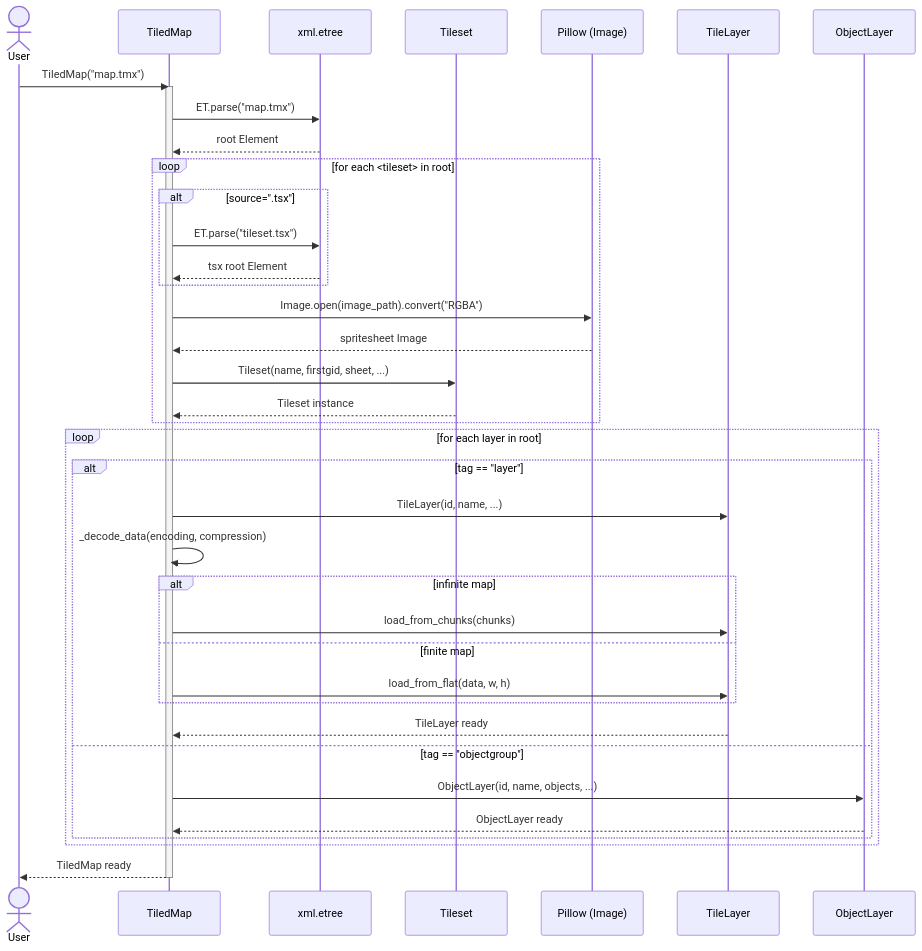
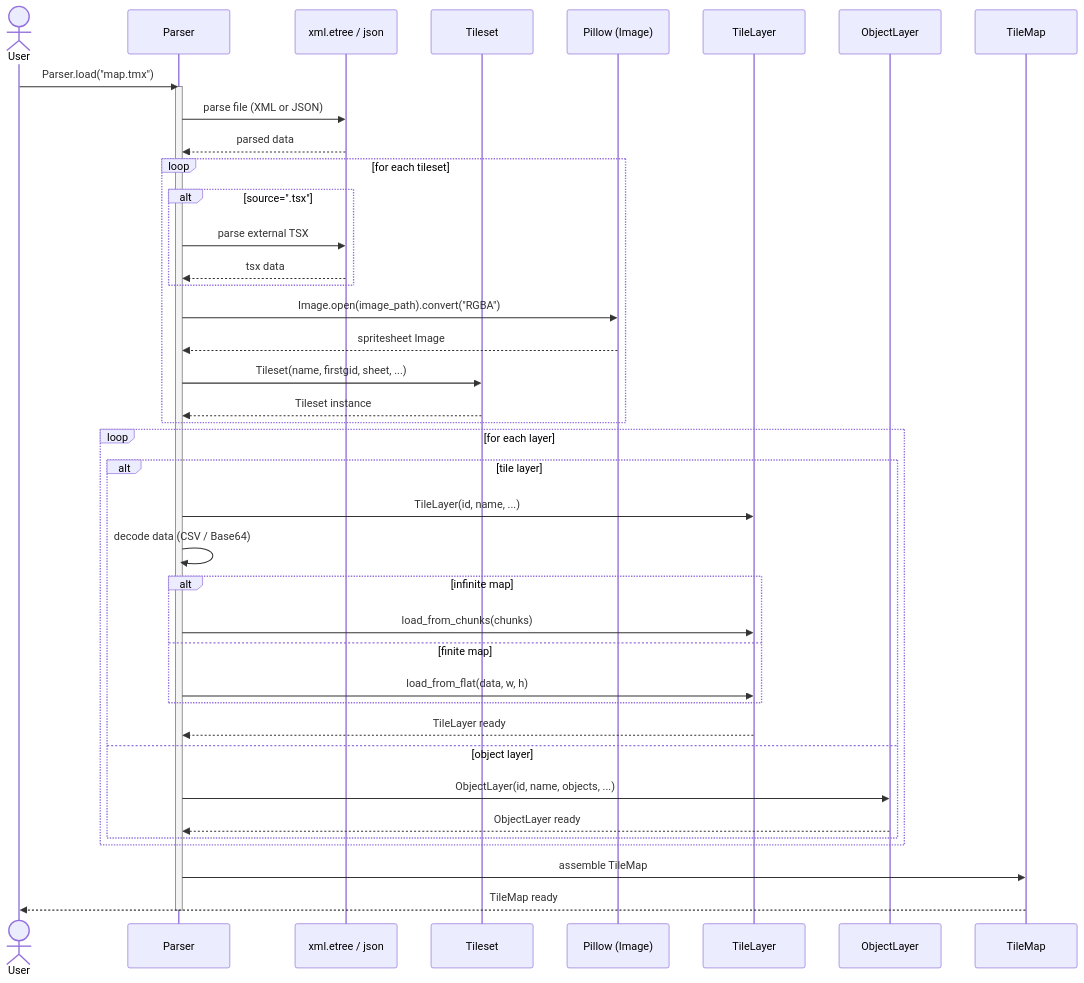
The first of 5 diagrams in docs/interaction.md (Aouei/tiledpy), drawn with Mermaid before and after one commit. The commit also changed other lines of this file and 9 other files, not shown here.

````diff
--- a/docs/interaction.md
+++ b/docs/interaction.md
@@ -7,45 +7,47 @@
 ```mermaid
 sequenceDiagram
     actor User
-    participant TM as TiledMap
-    participant ET as xml.etree
+    participant P  as Parser
+    participant ET as xml.etree / json
     participant TS as Tileset
     participant PIL as Pillow (Image)
     participant TL as TileLayer
     participant OL as ObjectLayer
+    participant TM as TileMap
 
-    User->>TM: TiledMap("map.tmx")
-    activate TM
-    TM->>ET: ET.parse("map.tmx")
-    ET-->>TM: root Element
+    User->>P: Parser.load("map.tmx")
+    activate P
+    P->>ET: parse file (XML or JSON)
+    ET-->>P: parsed data
 
-    loop for each <tileset> in root
+    loop for each tileset
         alt source=".tsx"
-            TM->>ET: ET.parse("tileset.tsx")
-            ET-->>TM: tsx root Element
+            P->>ET: parse external TSX
+            ET-->>P: tsx data
         end
-        TM->>PIL: Image.open(image_path).convert("RGBA")
-        PIL-->>TM: spritesheet Image
-        TM->>TS: Tileset(name, firstgid, sheet, ...)
-        TS-->>TM: Tileset instance
+        P->>PIL: Image.open(image_path).convert("RGBA")
+        PIL-->>P: spritesheet Image
+        P->>TS: Tileset(name, firstgid, sheet, ...)
+        TS-->>P: Tileset instance
     end
 
-    loop for each layer in root
-        alt tag == "layer"
-            TM->>TL: TileLayer(id, name, ...)
-            TM->>TM: _decode_data(encoding, compression)
+    loop for each layer
+        alt tile layer
+            P->>TL: TileLayer(id, name, ...)
+            P->>P: decode data (CSV / Base64)
             alt infinite map
-                TM->>TL: load_from_chunks(chunks)
+                P->>TL: load_from_chunks(chunks)
             else finite map
-                TM->>TL: load_from_flat(data, w, h)
+                P->>TL: load_from_flat(data, w, h)
             end
-            TL-->>TM: TileLayer ready
-        else tag == "objectgroup"
-            TM->>OL: ObjectLayer(id, name, objects, ...)
-            OL-->>TM: ObjectLayer ready
+            TL-->>P: TileLayer ready
+        else object layer
+            P->>OL: ObjectLayer(id, name, objects, ...)
+            OL-->>P: ObjectLayer ready
         end
     end
 
-    TM-->>User: TiledMap ready
-    deactivate TM
+    P->>TM: assemble TileMap
+    TM-->>User: TileMap ready
+    deactivate P
 ```
````
